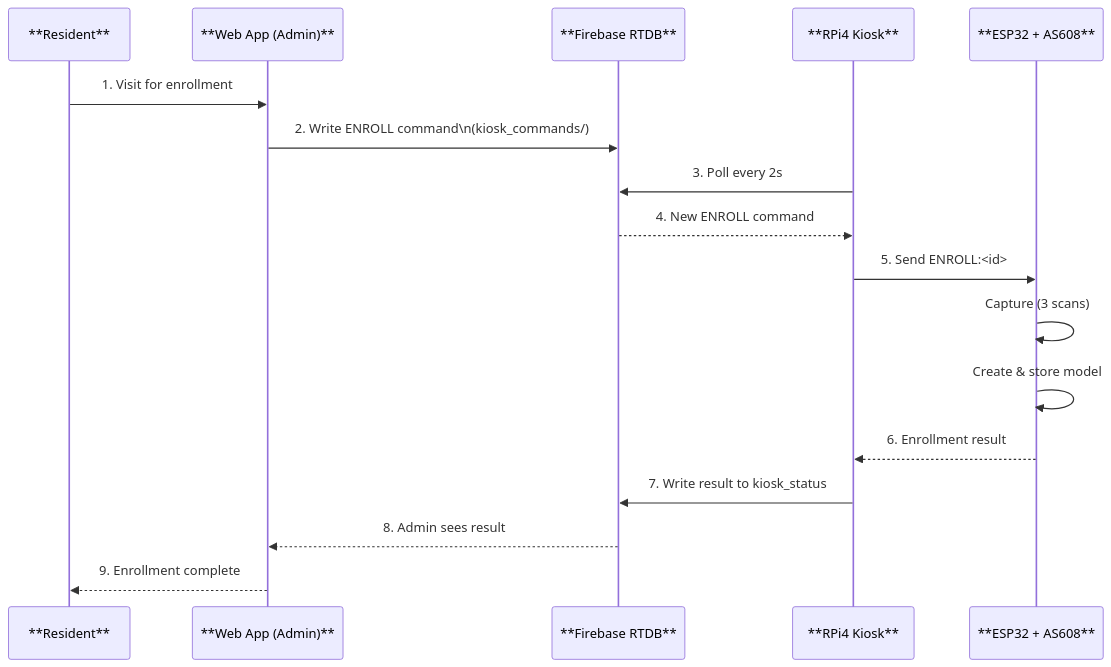
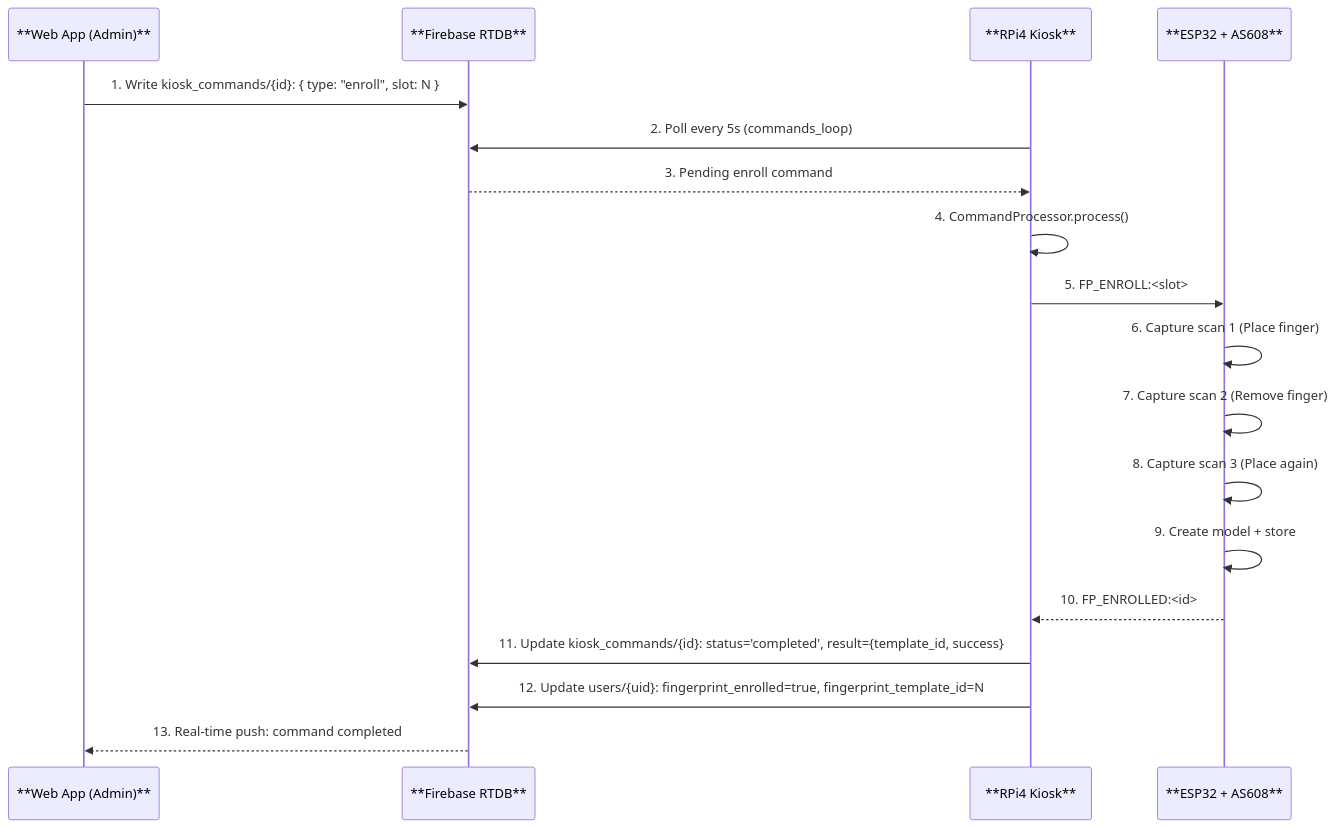
One commit to qppd/smart-appointment-scheduling-kiosk changed the fourth of 12 diagrams in docs/flow-diagrams.md. Above: the diagram before and after it, drawn with Mermaid. The commit also changed other lines of this file and 62 other files, not shown here.

````diff
--- a/docs/flow-diagrams.md
+++ b/docs/flow-diagrams.md
@@ -111,20 +135,21 @@
 ```mermaid
 sequenceDiagram
-    participant RES as **Resident**
     participant ADMIN as **Web App (Admin)**
     participant DB as **Firebase RTDB**
     participant KIOSK as **RPi4 Kiosk**
     participant ESP as **ESP32 + AS608**
 
-    RES ->> ADMIN: 1. Visit for enrollment
-    ADMIN ->> DB: 2. Write ENROLL command\n(kiosk_commands/)
-    KIOSK ->> DB: 3. Poll every 2s
-    DB -->> KIOSK: 4. New ENROLL command
-    KIOSK ->> ESP: 5. Send ENROLL:<id>
-    ESP ->> ESP: Capture (3 scans)
-    ESP ->> ESP: Create & store model
-    ESP -->> KIOSK: 6. Enrollment result
-    KIOSK ->> DB: 7. Write result to kiosk_status
-    DB -->> ADMIN: 8. Admin sees result
-    ADMIN -->> RES: 9. Enrollment complete
+    ADMIN ->> DB: 1. Write kiosk_commands/{id}: { type: "enroll", slot: N }
+    KIOSK ->> DB: 2. Poll every 5s (commands_loop)
+    DB -->> KIOSK: 3. Pending enroll command
+    KIOSK ->> KIOSK: 4. CommandProcessor.process()
+    KIOSK ->> ESP: 5. FP_ENROLL:<slot>
+    ESP ->> ESP: 6. Capture scan 1 (Place finger)
+    ESP ->> ESP: 7. Capture scan 2 (Remove finger)
+    ESP ->> ESP: 8. Capture scan 3 (Place again)
+    ESP ->> ESP: 9. Create model + store
+    ESP -->> KIOSK: 10. FP_ENROLLED:<id>
+    KIOSK ->> DB: 11. Update kiosk_commands/{id}: status='completed', result={template_id, success}
+    KIOSK ->> DB: 12. Update users/{uid}: fingerprint_enrolled=true, fingerprint_template_id=N
+    DB -->> ADMIN: 13. Real-time push: command completed
 ```
````
